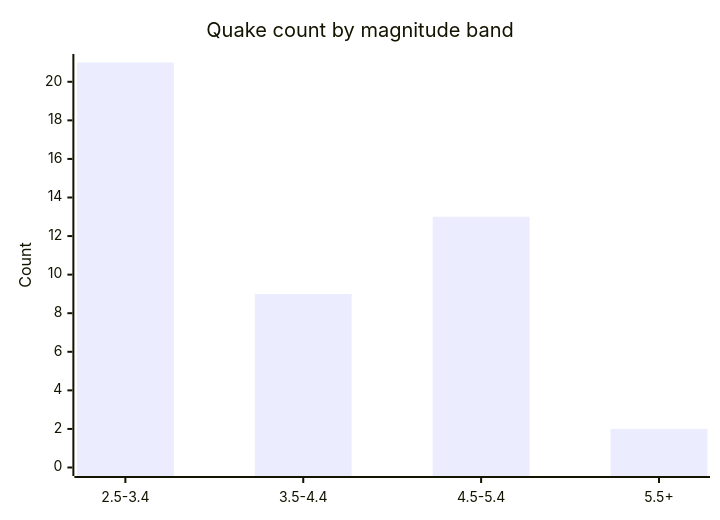
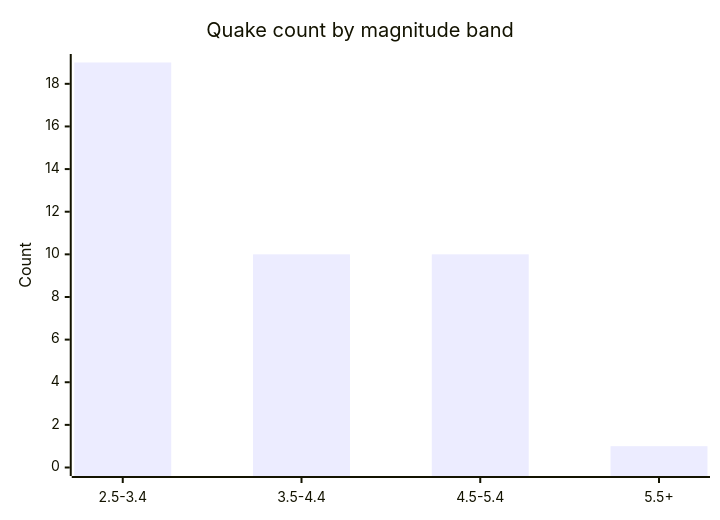
One commit to Midwest-Stratospheric/aerostratospheric-defense-gir changed the fifth of 6 diagrams in docs/GRAPHS.md. Above: the diagram before and after it, drawn with Mermaid. The commit also changed other lines of this file and 25 other files, not shown here.

````diff
--- a/docs/GRAPHS.md
+++ b/docs/GRAPHS.md
@@ -82,7 +82,7 @@
 ```mermaid
 xychart-beta
   title "Quake count by magnitude band"
   x-axis ["2.5-3.4", "3.5-4.4", "4.5-5.4", "5.5+"]
-  y-axis "Count" 0 --> 21
-  bar [21, 9, 13, 2]
+  y-axis "Count" 0 --> 19
+  bar [19, 10, 10, 1]
 ```
````
